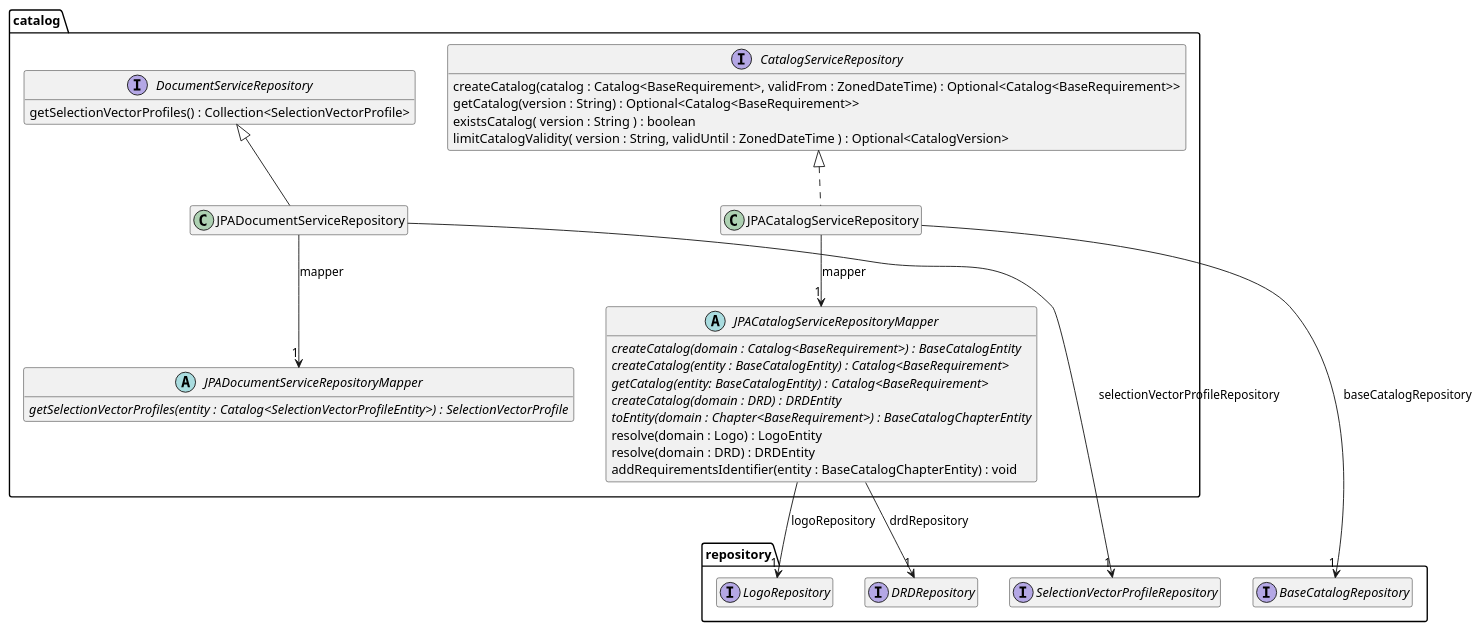
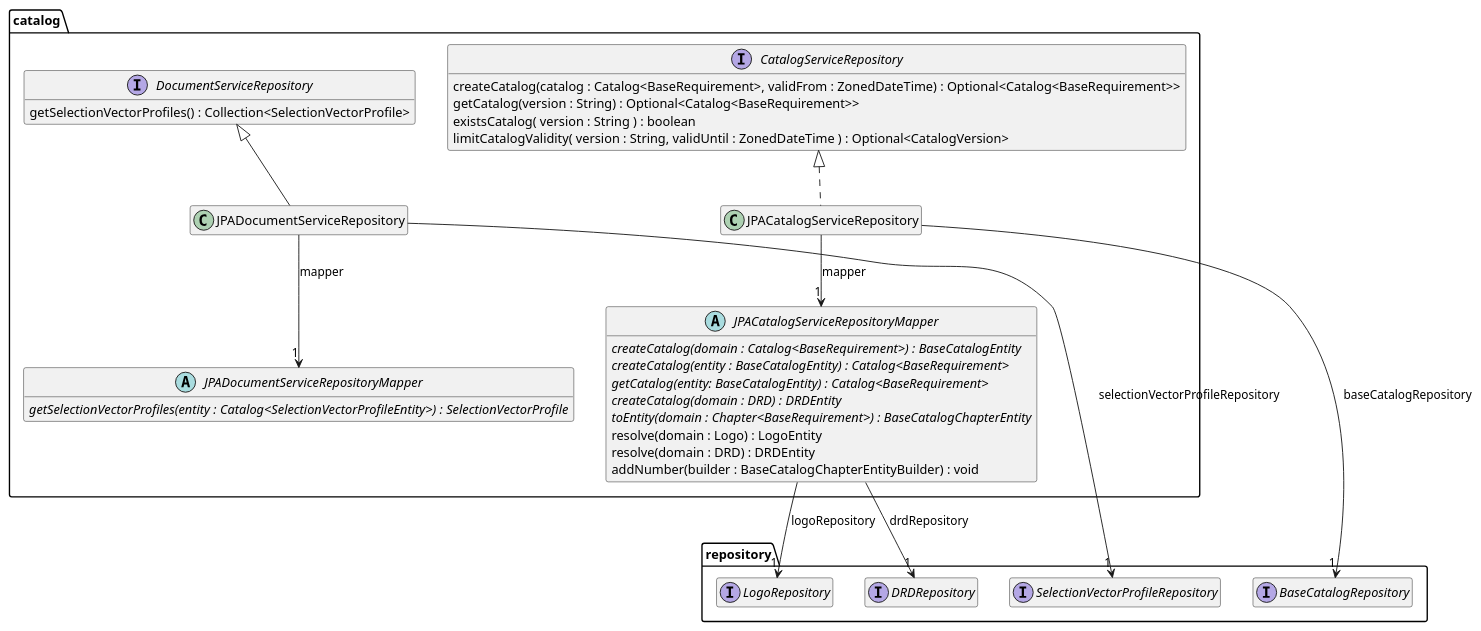
Before and after one commit to tailoringexpert/platform: the diagram in src/site/arc42/plantuml/data-jpa/catalog/Ebene3.plantuml, drawn with PlantUML. The commit also changed 1 other file, not shown here.

```diff
--- a/src/site/arc42/plantuml/data-jpa/catalog/Ebene3.plantuml
+++ b/src/site/arc42/plantuml/data-jpa/catalog/Ebene3.plantuml
@@ -1,55 +1,55 @@
 @startuml Ebene3.png
 hide empty members
 
 package repository {
     interface BaseCatalogRepository
     interface LogoRepository
     interface DRDRepository
     interface SelectionVectorProfileRepository
 
 }
 package catalog {
     interface CatalogServiceRepository {
         createCatalog(catalog : Catalog<BaseRequirement>, validFrom : ZonedDateTime) : Optional<Catalog<BaseRequirement>>
         getCatalog(version : String) : Optional<Catalog<BaseRequirement>>
         existsCatalog( version : String ) : boolean
         limitCatalogValidity( version : String, validUntil : ZonedDateTime ) : Optional<CatalogVersion>
     }
 
     abstract JPACatalogServiceRepositoryMapper {
         {abstract} createCatalog(domain : Catalog<BaseRequirement>) : BaseCatalogEntity
         {abstract} createCatalog(entity : BaseCatalogEntity) : Catalog<BaseRequirement>
         {abstract} getCatalog(entity: BaseCatalogEntity) : Catalog<BaseRequirement>
         {abstract} createCatalog(domain : DRD) : DRDEntity
         {abstract} toEntity(domain : Chapter<BaseRequirement>) : BaseCatalogChapterEntity
         resolve(domain : Logo) : LogoEntity
         resolve(domain : DRD) : DRDEntity
-        addRequirementsIdentifier(entity : BaseCatalogChapterEntity) : void
+        addNumber(builder : BaseCatalogChapterEntityBuilder) : void
 
     }
     JPACatalogServiceRepositoryMapper --> "1" LogoRepository : logoRepository
     JPACatalogServiceRepositoryMapper --> "1" DRDRepository : drdRepository
 
     class JPACatalogServiceRepository {
     }
 
     CatalogServiceRepository <|.. JPACatalogServiceRepository
     JPACatalogServiceRepository --> "1" JPACatalogServiceRepositoryMapper : mapper
     JPACatalogServiceRepository --> "1" BaseCatalogRepository : baseCatalogRepository
 
     abstract JPADocumentServiceRepositoryMapper {
         {abstract} getSelectionVectorProfiles(entity : Catalog<SelectionVectorProfileEntity>) : SelectionVectorProfile
     }
 
     interface DocumentServiceRepository {
         getSelectionVectorProfiles() : Collection<SelectionVectorProfile>
     }
 
     class JPADocumentServiceRepository {
     }
     DocumentServiceRepository <|-- JPADocumentServiceRepository
     JPADocumentServiceRepository --> "1" JPADocumentServiceRepositoryMapper : mapper
     JPADocumentServiceRepository --> "1" SelectionVectorProfileRepository : selectionVectorProfileRepository
 }
 
 @enduml
```
